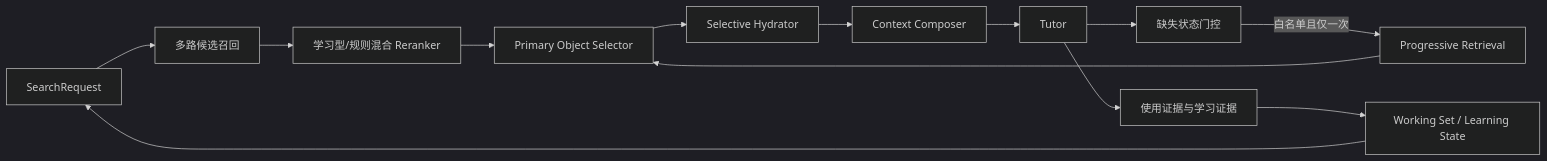
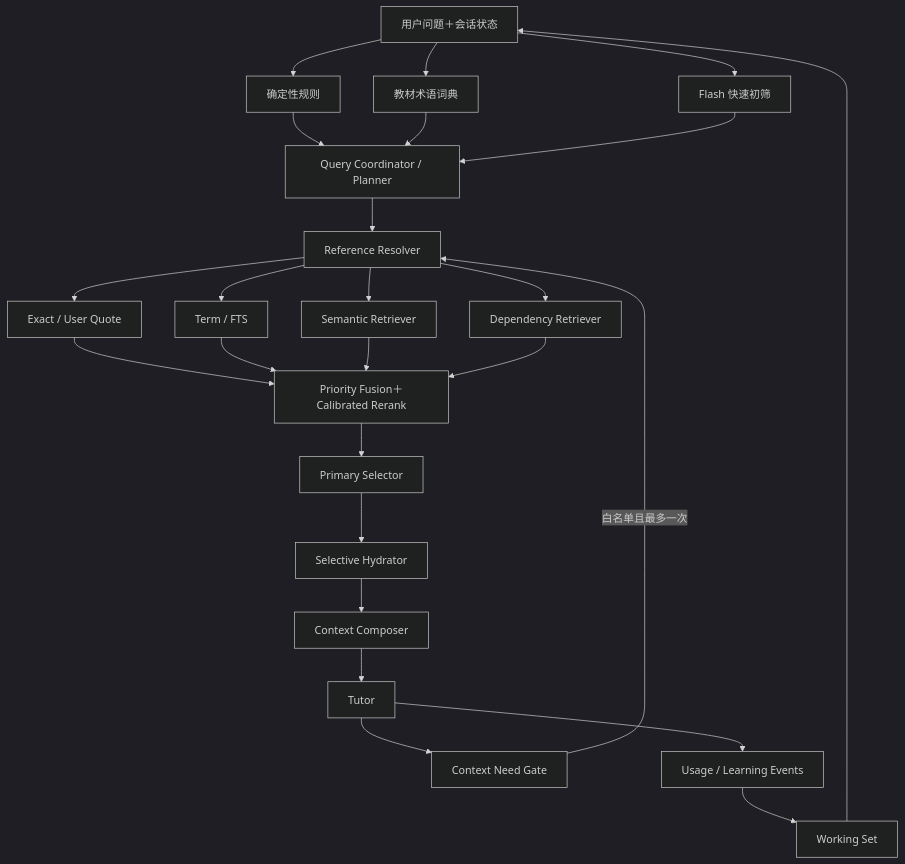
The diagram in content/非笔记内容/工作流程与系统运维/MathStudyAgent/教材搜索v2.0计划书.md (kzpeng565-netizen/my-math-blog), drawn with Mermaid (dark theme) before and after one commit. The commit also changed other lines of this file and 1 other file, not shown here.

````diff
--- a/content/非笔记内容/工作流程与系统运维/MathStudyAgent/教材搜索v2.0计划书.md
+++ b/content/非笔记内容/工作流程与系统运维/MathStudyAgent/教材搜索v2.0计划书.md
@@ -48,15 +92,27 @@
 ```mermaid
-flowchart LR
-    Q["SearchRequest"] --> CR["多路候选召回"]
-    CR --> RR["学习型/规则混合 Reranker"]
-    RR --> PS["Primary Object Selector"]
+flowchart TB
+    Q["用户问题＋会话状态"] --> R["确定性规则"]
+    Q --> D["教材术语词典"]
+    Q --> T["Flash 快速初筛"]
+    R --> P["Query Coordinator / Planner"]
+    D --> P
+    T --> P
+    P --> REF["Reference Resolver"]
+    REF --> EX["Exact / User Quote"]
+    REF --> LX["Term / FTS"]
+    REF --> SE["Semantic Retriever"]
+    REF --> DP["Dependency Retriever"]
+    EX --> F["Priority Fusion＋Calibrated Rerank"]
+    LX --> F
+    SE --> F
+    DP --> F
+    F --> PS["Primary Selector"]
     PS --> HY["Selective Hydrator"]
     HY --> CC["Context Composer"]
-    CC --> T["Tutor"]
-    T --> MG["缺失状态门控"]
-    MG -->|"白名单且仅一次"| PR["Progressive Retrieval"]
-    PR --> PS
-    T --> EV["使用证据与学习证据"]
-    EV --> WS["Working Set / Learning State"]
+    CC --> TU["Tutor"]
+    TU --> NG["Context Need Gate"]
+    NG -->|"白名单且最多一次"| REF
+    TU --> UE["Usage / Learning Events"]
+    UE --> WS["Working Set"]
     WS --> Q
 ```
````
